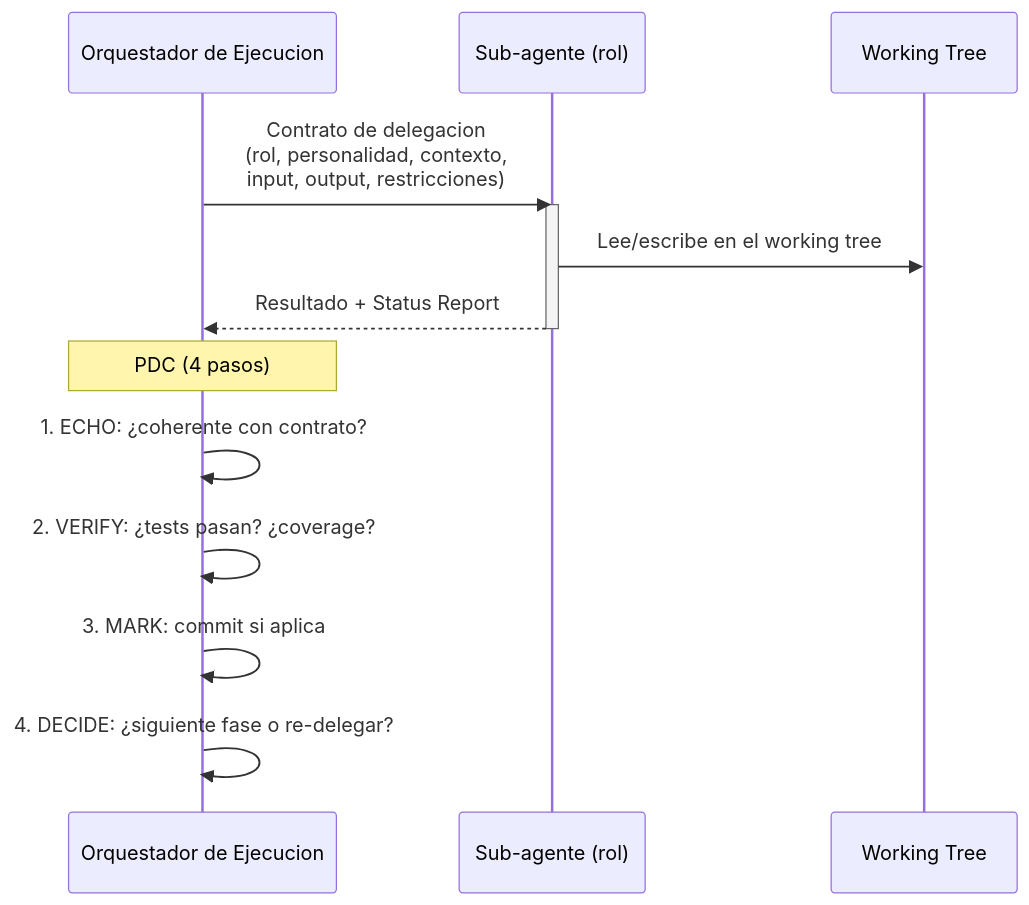
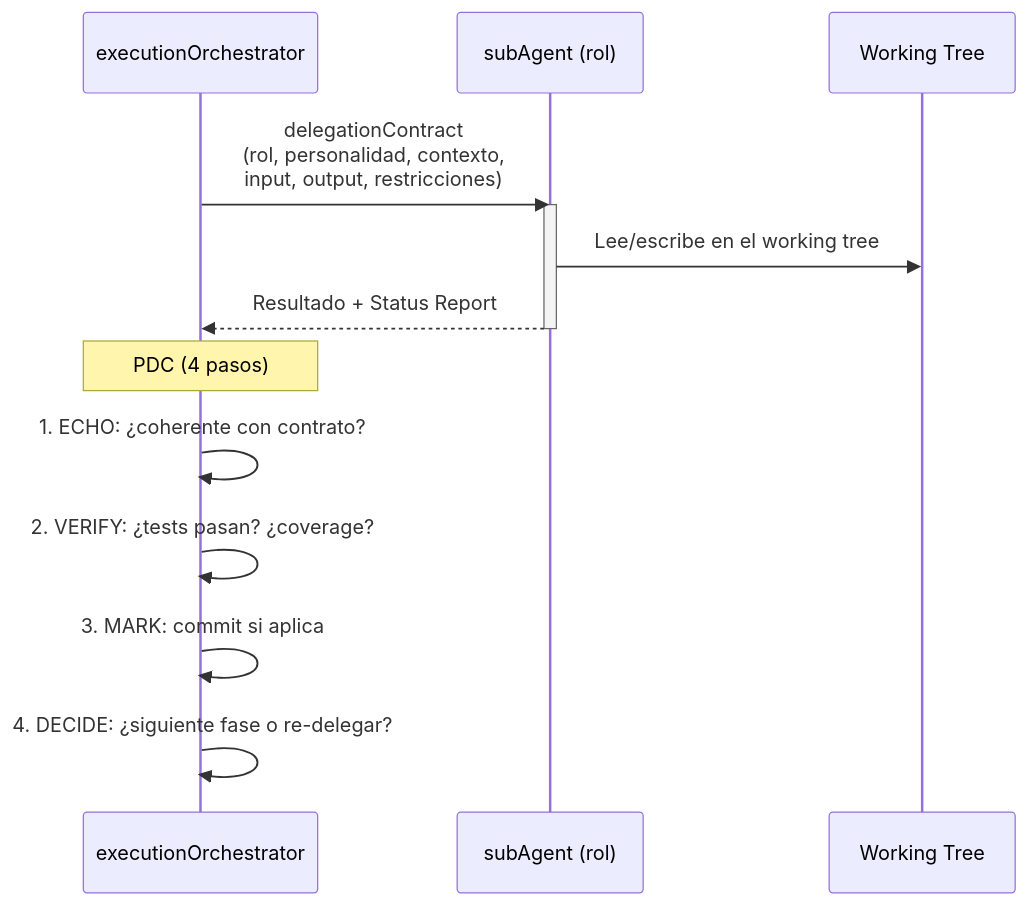
One commit to virgenherrera/idea-to-mvp changed the sixth of 6 diagrams in docs/execution/README.md. Above: the diagram before and after it, drawn with Mermaid. The commit also changed other lines of this file and 30 other files, not shown here.

````diff
--- a/docs/execution/README.md
+++ b/docs/execution/README.md
@@ -259,19 +279,19 @@
 ```mermaid
 sequenceDiagram
-    participant OE as Orquestador de Ejecucion
-    participant SUB as Sub-agente (rol)
+    participant OE as executionOrchestrator
+    participant SUB as subAgent (rol)
     participant REPO as Working Tree
 
-    OE->>SUB: Contrato de delegacion<br/>(rol, personalidad, contexto,<br/>input, output, restricciones)
+    OE->>SUB: delegationContract<br/>(rol, personalidad, contexto,<br/>input, output, restricciones)
     activate SUB
     SUB->>REPO: Lee/escribe en el working tree
     SUB-->>OE: Resultado + Status Report
     deactivate SUB
 
     Note over OE: PDC (4 pasos)
 
     OE->>OE: 1. ECHO: ¿coherente con contrato?
     OE->>OE: 2. VERIFY: ¿tests pasan? ¿coverage?
     OE->>OE: 3. MARK: commit si aplica
     OE->>OE: 4. DECIDE: ¿siguiente fase o re-delegar?
 ```
````
